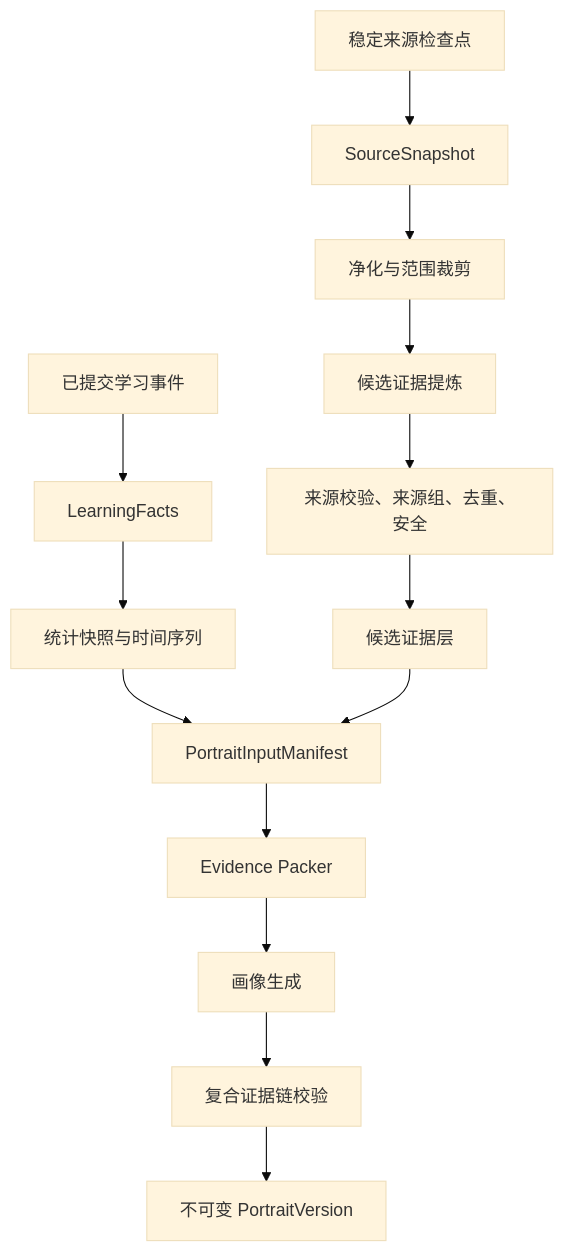
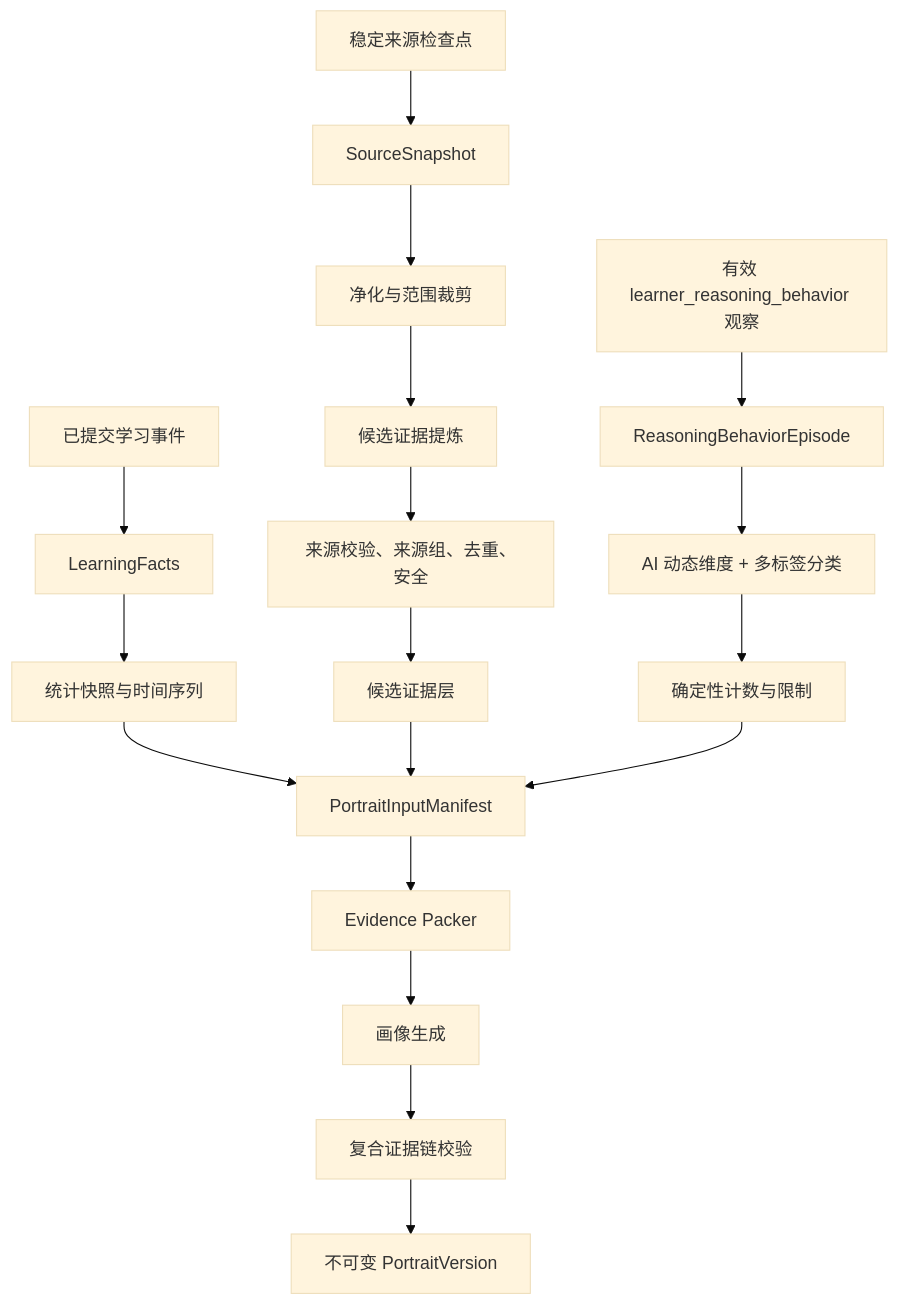
The third of 5 diagrams in docs/架构方案/Learning MORE 程序架构设计.md (mixn1998/learning-more), drawn with Mermaid (base theme) before and after one commit. The commit also changed other lines of this file and 429 other files, not shown here.

````diff
--- a/docs/架构方案/Learning MORE 程序架构设计.md
+++ b/docs/架构方案/Learning MORE 程序架构设计.md
@@ -1123,16 +1168,20 @@
 ```mermaid
 flowchart TD
     E["已提交学习事件"] --> F["LearningFacts"]
     F --> M["统计快照与时间序列"]
     S["稳定来源检查点"] --> SS["SourceSnapshot"]
     SS --> SAN["净化与范围裁剪"]
     SAN --> EX["候选证据提炼"]
     EX --> V["来源校验、来源组、去重、安全"]
     V --> CE["候选证据层"]
+    O["有效 learner_reasoning_behavior 观察"] --> EP["ReasoningBehaviorEpisode"]
+    EP --> DA["AI 动态维度 + 多标签分类"]
+    DA --> DS["确定性计数与限制"]
     M --> PM["PortraitInputManifest"]
     CE --> PM
+    DS --> PM
     PM --> PACK["Evidence Packer"]
     PACK --> AI["画像生成"]
     AI --> CHECK["复合证据链校验"]
     CHECK --> PV["不可变 PortraitVersion"]
 ```
````
